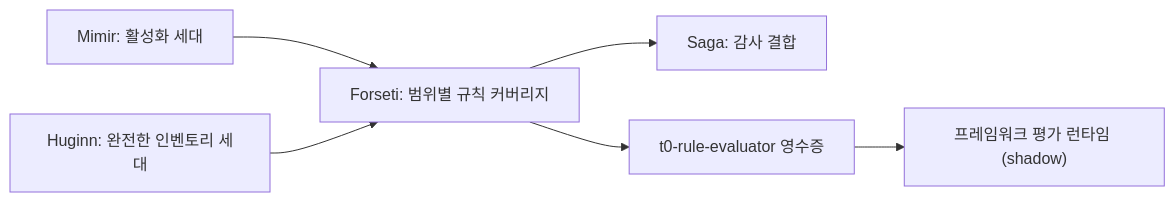
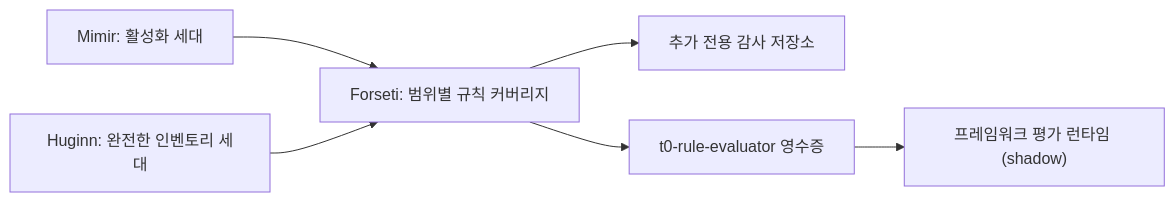
The diagram in docs/roadmap/rules-and-detection/framework-rule-evidence-ko.md (dotnetpower/fdai), drawn with Mermaid before and after one commit. The commit also changed other lines of this file and 4 other files, not shown here.

````diff
--- a/docs/roadmap/rules-and-detection/framework-rule-evidence-ko.md
+++ b/docs/roadmap/rules-and-detection/framework-rule-evidence-ko.md
@@ -31,8 +31,8 @@
 ```mermaid
 flowchart LR
   Mimir["Mimir: 활성화 세대"] --> Forseti
   Huginn["Huginn: 완전한 인벤토리 세대"] --> Forseti
-  Forseti["Forseti: 범위별 규칙 커버리지"] --> Saga["Saga: 감사 결합"]
+  Forseti["Forseti: 범위별 규칙 커버리지"] --> Audit["추가 전용 감사 저장소"]
   Forseti --> Producer["t0-rule-evaluator 영수증"]
   Producer --> Assessment["프레임워크 평가 런타임 (shadow)"]
 ```
````
